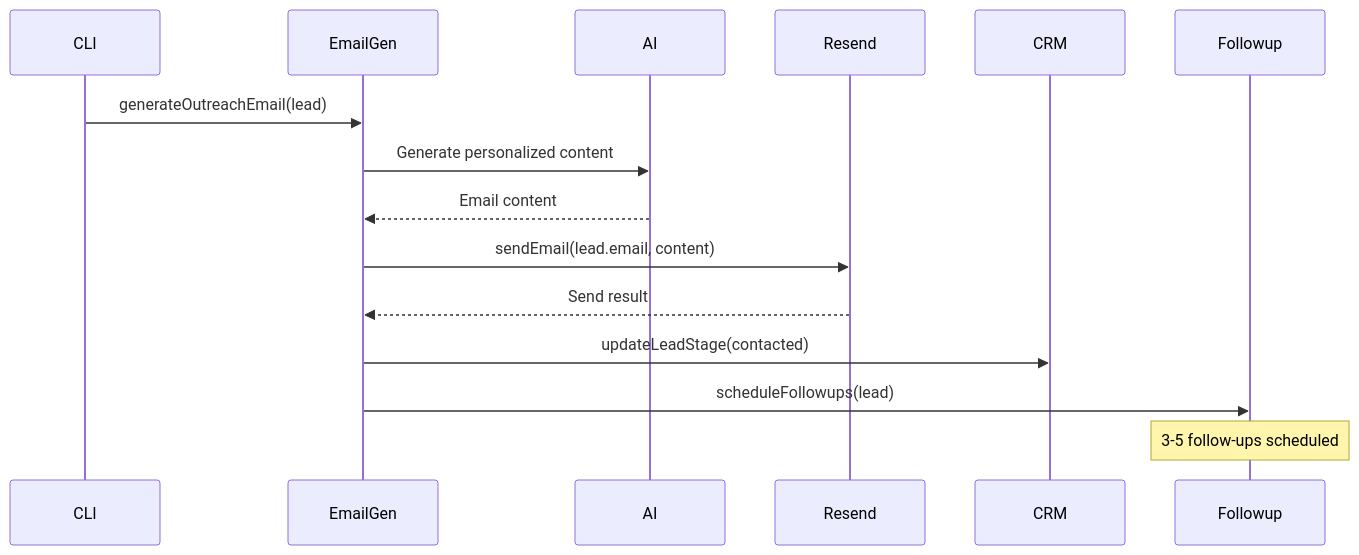
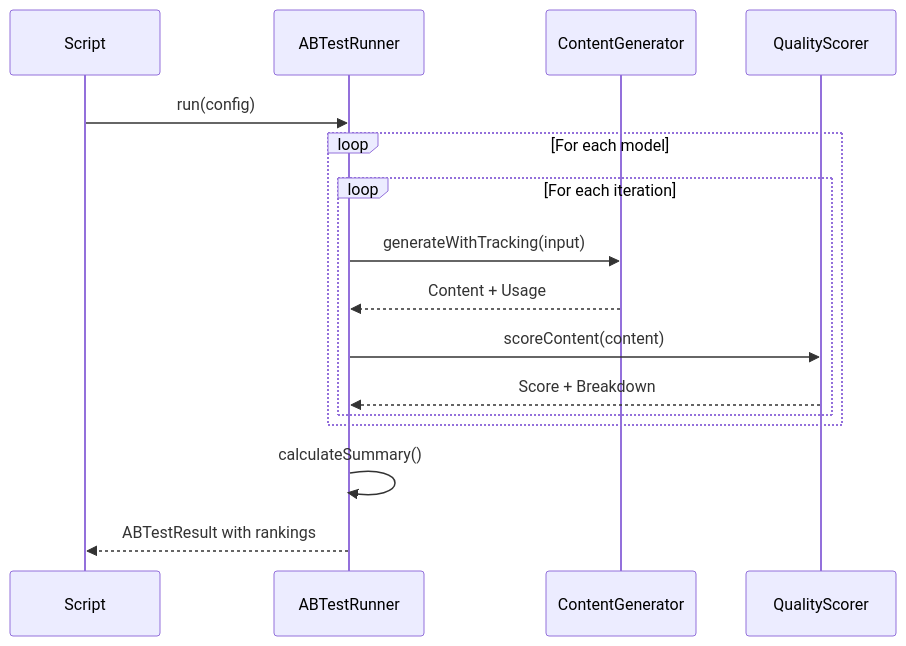
The fourth of 4 diagrams in docs/CODEBASE_MAP.md (isethius/Autowebsites), drawn with Mermaid before and after one commit. The commit also changed other lines of this file, not shown here.

First line of the commit message:
Update codebase map with new modules and architecture

````diff
--- a/docs/CODEBASE_MAP.md
+++ b/docs/CODEBASE_MAP.md
@@ -387,21 +644,22 @@
 ```mermaid
 sequenceDiagram
-    participant CLI
-    participant EmailGen
-    participant AI
-    participant Resend
-    participant CRM
-    participant Followup
+    participant Script
+    participant Runner as ABTestRunner
+    participant Generator as ContentGenerator
+    participant Scorer as QualityScorer
 
-    CLI->>EmailGen: generateOutreachEmail(lead)
-    EmailGen->>AI: Generate personalized content
-    AI-->>EmailGen: Email content
+    Script->>Runner: run(config)
 
-    EmailGen->>Resend: sendEmail(lead.email, content)
-    Resend-->>EmailGen: Send result
+    loop For each model
+        loop For each iteration
+            Runner->>Generator: generateWithTracking(input)
+            Generator-->>Runner: Content + Usage
 
-    EmailGen->>CRM: updateLeadStage(contacted)
-    EmailGen->>Followup: scheduleFollowups(lead)
+            Runner->>Scorer: scoreContent(content)
+            Scorer-->>Runner: Score + Breakdown
+        end
+    end
 
-    Note over Followup: 3-5 follow-ups scheduled
+    Runner->>Runner: calculateSummary()
+    Runner-->>Script: ABTestResult with rankings
 ```
````
